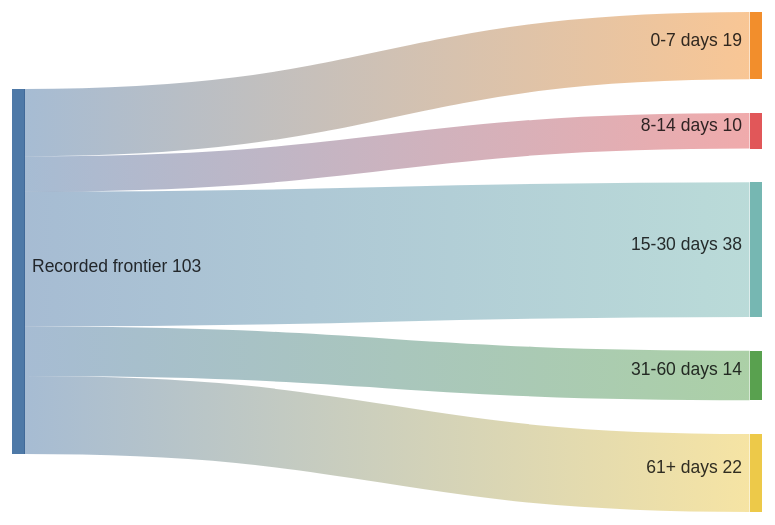
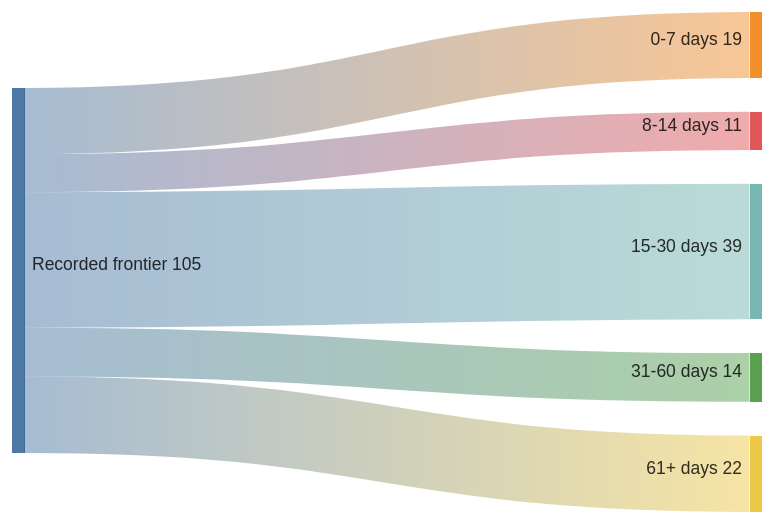
One commit to Armanasq/phd_tracker changed the diagram in docs/diagrams/horizon_sankey.mmd. Above: the diagram before and after it, drawn with Mermaid. The commit also changed 29 other files, not shown here.

```diff
--- a/docs/diagrams/horizon_sankey.mmd
+++ b/docs/diagrams/horizon_sankey.mmd
@@ -1,6 +1,6 @@
 sankey-beta
 Recorded frontier,0-7 days,19
-Recorded frontier,8-14 days,10
-Recorded frontier,15-30 days,38
+Recorded frontier,8-14 days,11
+Recorded frontier,15-30 days,39
 Recorded frontier,31-60 days,14
 Recorded frontier,61+ days,22
```
